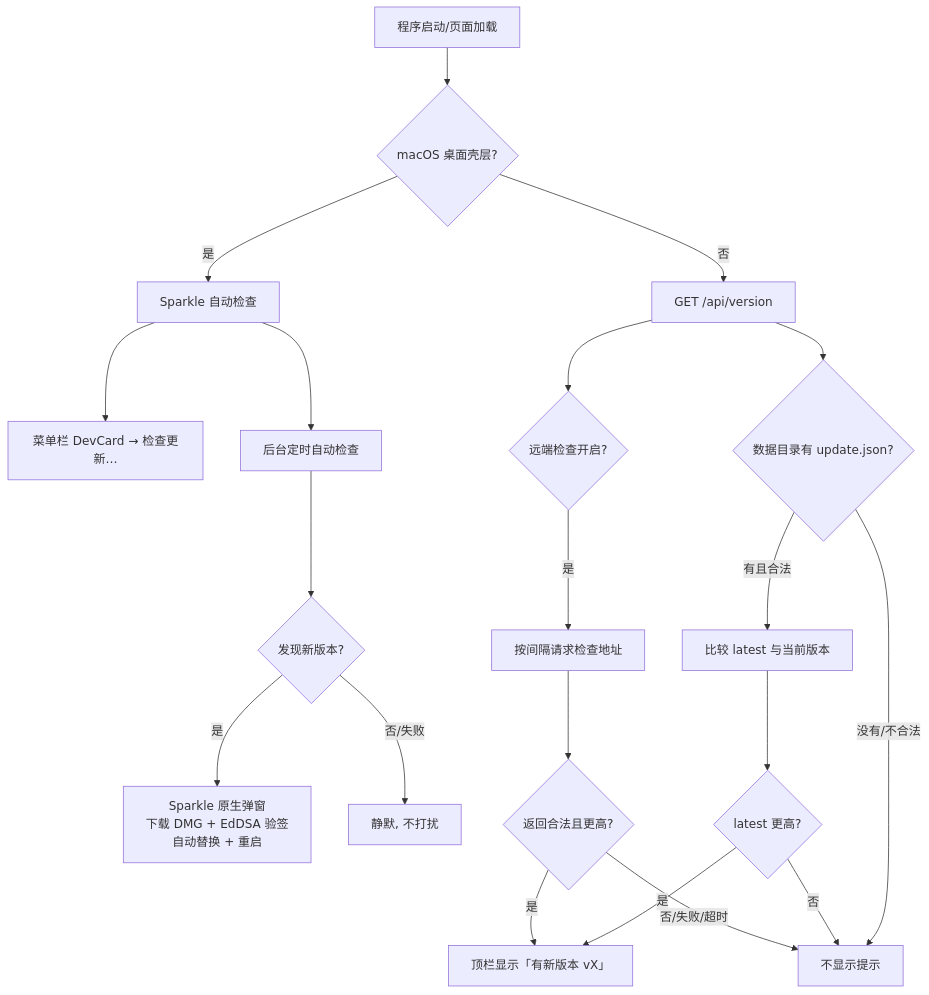
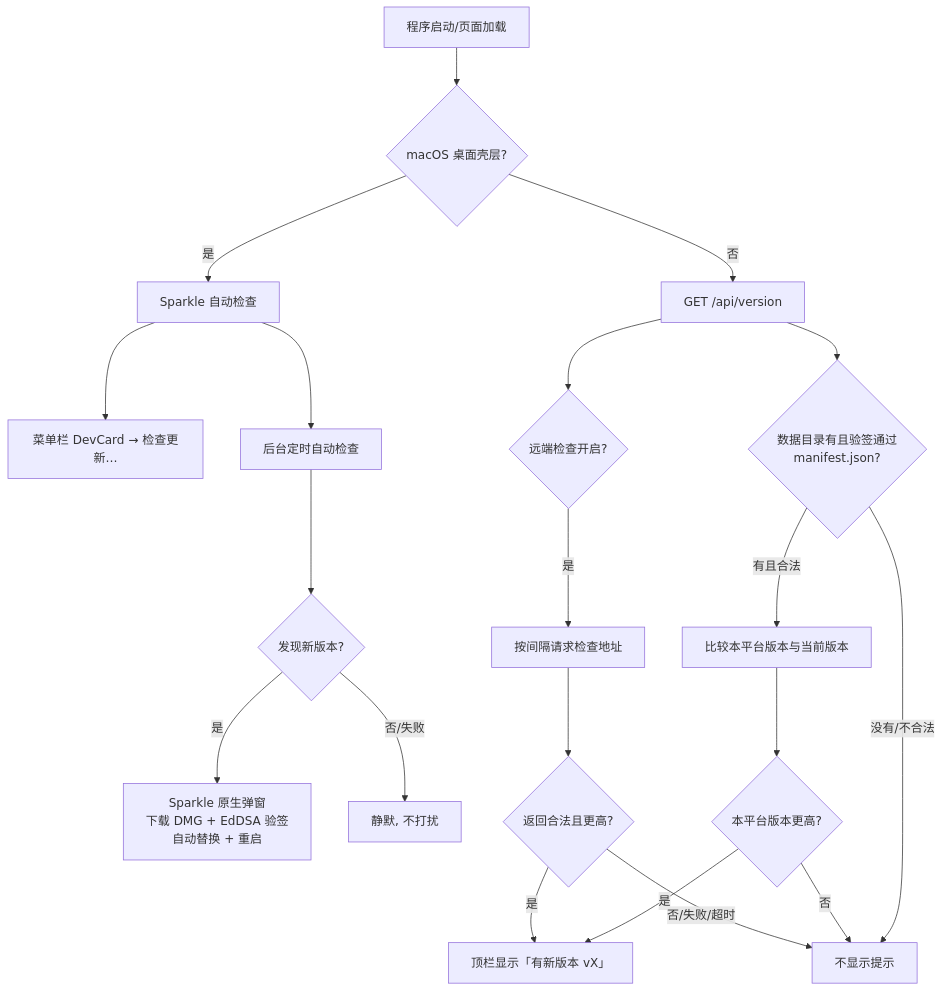
The sixth of 6 diagrams in docs/用户手册/用户手册.md (LinYuwei82/dev_card_cpp), drawn with Mermaid before and after one commit. The commit also changed other lines of this file and 3 other files, not shown here.

````diff
--- a/docs/用户手册/用户手册.md
+++ b/docs/用户手册/用户手册.md
@@ -758,23 +758,23 @@
 ```mermaid
 flowchart TD
     A[程序启动/页面加载] --> B{macOS 桌面壳层?}
     B -- 是 --> C[Sparkle 自动检查]
     C --> C1[菜单栏 DevCard → 检查更新…]
     C --> C2[后台定时自动检查]
     C2 --> C3{发现新版本?}
     C3 -- 是 --> C4[Sparkle 原生弹窗<br/>下载 DMG + EdDSA 验签<br/>自动替换 + 重启]
     C3 -- 否/失败 --> C5[静默, 不打扰]
 
     B -- 否 --> D[GET /api/version]
-    D --> E{数据目录有 update.json?}
-    E -- 有且合法 --> F[比较 latest 与当前版本]
+    D --> E{数据目录有且验签通过<br/>manifest.json?}
+    E -- 有且合法 --> F[比较本平台版本与当前版本]
     E -- 没有/不合法 --> G[不显示提示]
-    F --> H{latest 更高?}
+    F --> H{本平台版本更高?}
     H -- 是 --> I[顶栏显示「有新版本 vX」]
     H -- 否 --> G
     D --> J{远端检查开启?}
     J -- 是 --> K[按间隔请求检查地址]
     K --> L{返回合法且更高?}
     L -- 是 --> I
     L -- 否/失败/超时 --> G
 ```
````
